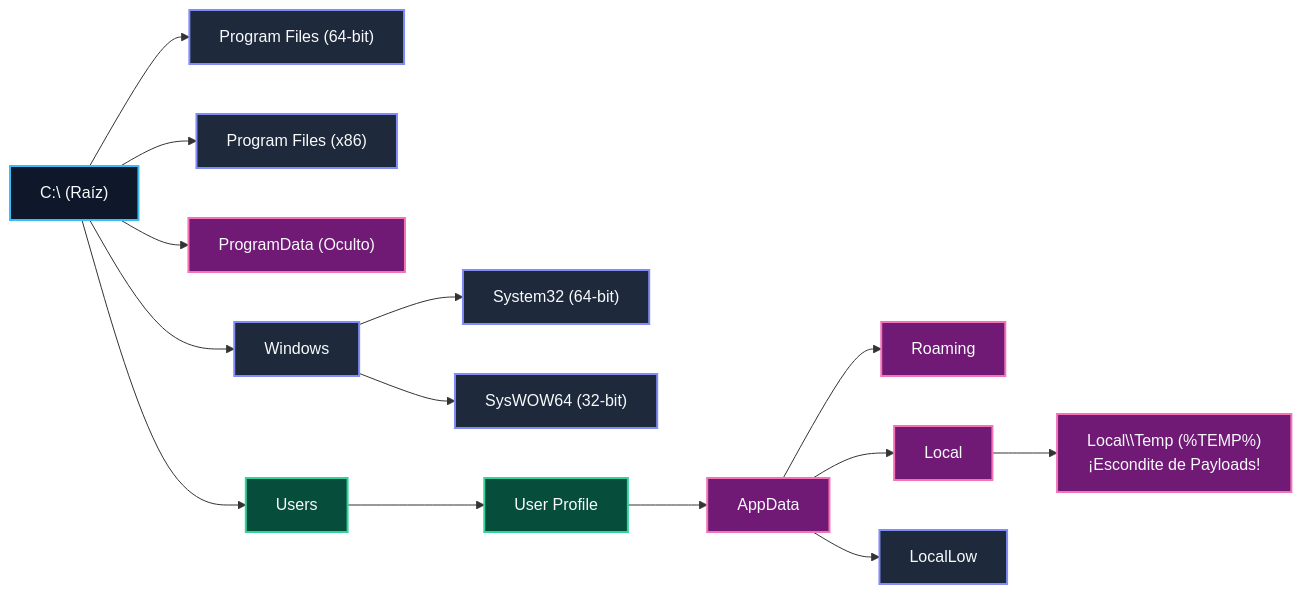
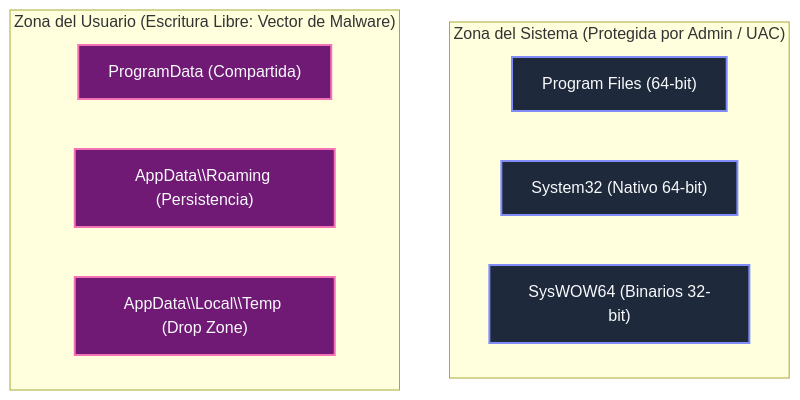
One commit to purpesec/Cybersecurity-For-Beginners changed the fourth of 7 diagrams in malware-analysis/01-arquitectura-windows-directorios-y-permisos/README.md. Above: the diagram before and after it, drawn with Mermaid. The commit also changed other lines of this file and 2 other files, not shown here.

Commit message:
style: redisear diagramas con pocos nodos y fuentes grandes para evitar compresion

````diff
--- a/malware-analysis/01-arquitectura-windows-directorios-y-permisos/README.md
+++ b/malware-analysis/01-arquitectura-windows-directorios-y-permisos/README.md
@@ -136,22 +128,19 @@
 ```mermaid
-flowchart LR
-    classDef root fill:#0f172a,stroke:#38bdf8,stroke-width:2px,color:#f8fafc;
+flowchart TD
     classDef sys fill:#1e293b,stroke:#818cf8,stroke-width:2px,color:#f8fafc;
-    classDef user fill:#064e3b,stroke:#34d399,stroke-width:2px,color:#f8fafc;
     classDef danger fill:#701a75,stroke:#f472b6,stroke-width:2px,color:#f8fafc;
 
-    C["C:\ (Raíz)"]:::root --> PROG["Program Files (64-bit)"]:::sys
-    C --> PROGX86["Program Files (x86)"]:::sys
-    C --> PROGDATA["ProgramData (Oculto)"]:::danger
-    C --> WIN["Windows"]:::sys
-    C --> USERS["Users"]:::user
+    subgraph SYS_ZONE["Zona del Sistema (Protegida por Admin / UAC)"]
+        direction LR
+        P64["Program Files (64-bit)"]:::sys
+        S32["System32 (Nativo 64-bit)"]:::sys
+        SW64["SysWOW64 (Binarios 32-bit)"]:::sys
+    end
 
-    WIN --> SYS32["System32 (64-bit)"]:::sys
-    WIN --> SYSWOW["SysWOW64 (32-bit)"]:::sys
-
-    USERS --> U["User Profile"]:::user --> APPDATA["AppData"]:::danger
-    APPDATA --> ROAM["Roaming"]:::danger
-    APPDATA --> LOCAL["Local"]:::danger
-    APPDATA --> LOCALLOW["LocalLow"]:::sys
-    LOCAL --> TEMP["Local\\Temp (%TEMP%)\n¡Escondite de Payloads!"]:::danger
+    subgraph USER_ZONE["Zona del Usuario (Escritura Libre: Vector de Malware)"]
+        direction LR
+        PDATA["ProgramData (Compartida)"]:::danger
+        APPD["AppData\\Roaming (Persistencia)"]:::danger
+        TEMP["AppData\\Local\\Temp (Drop Zone)"]:::danger
+    end
 ```
````
